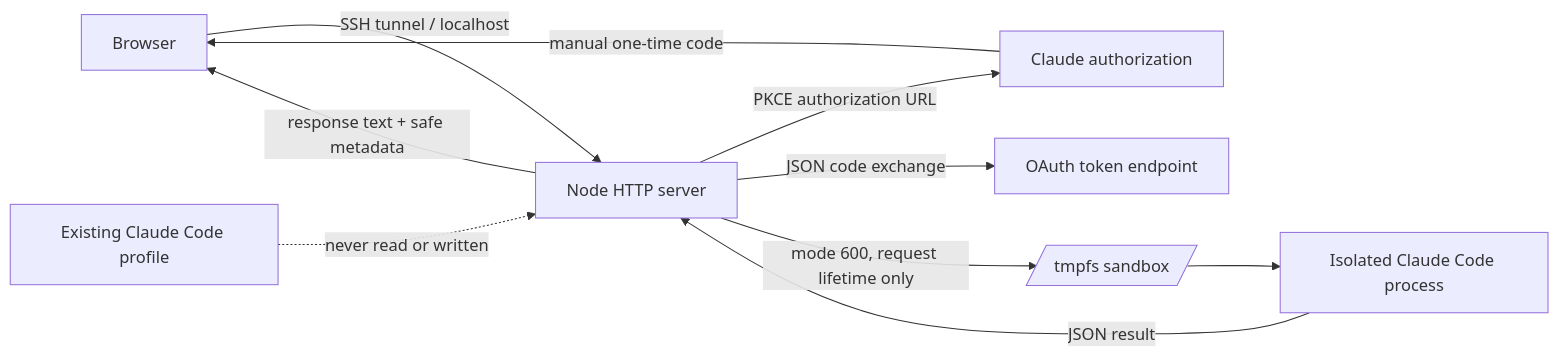
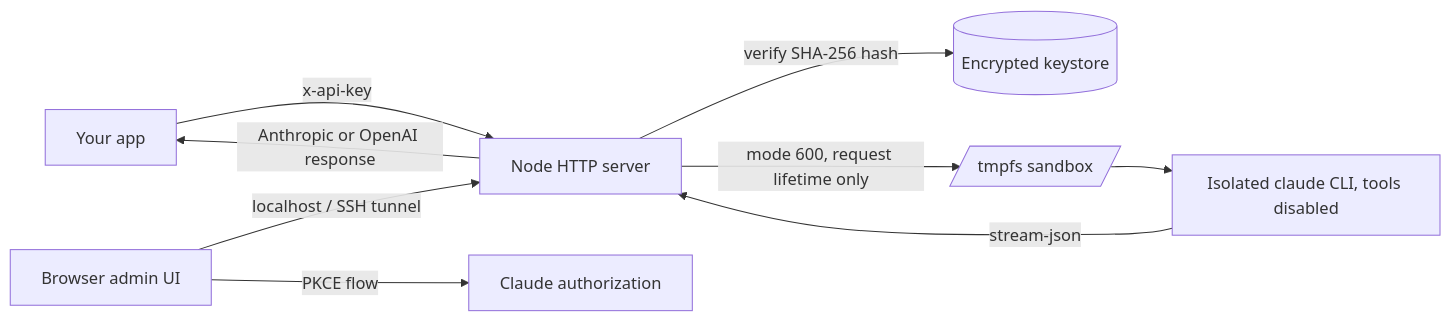
The diagram in README.md (asinadarsh/claude-session-lab), drawn with Mermaid before and after one commit. The commit also changed other lines of this file and 5 other files, not shown here.

````diff
--- a/README.md
+++ b/README.md
@@ -93,13 +305,12 @@
 ```mermaid
 flowchart LR
-    B[Browser] -->|SSH tunnel / localhost| S[Node HTTP server]
-    S -->|PKCE authorization URL| A[Claude authorization]
-    A -->|manual one-time code| B
-    S -->|JSON code exchange| T[OAuth token endpoint]
+    APP[Your app] -->|x-api-key| S[Node HTTP server]
+    S -->|verify SHA-256 hash| K[(Encrypted keystore)]
     S -->|mode 600, request lifetime only| M[/tmpfs sandbox/]
-    M --> C[Isolated Claude Code process]
-    C -->|JSON result| S
-    S -->|response text + safe metadata| B
+    M --> C[Isolated claude CLI, tools disabled]
+    C -->|stream-json| S
+    S -->|Anthropic or OpenAI response| APP
 
-    X[Existing Claude Code profile] -. never read or written .-> S
+    B[Browser admin UI] -->|localhost / SSH tunnel| S
+    B -->|PKCE flow| A[Claude authorization]
 ```
````
